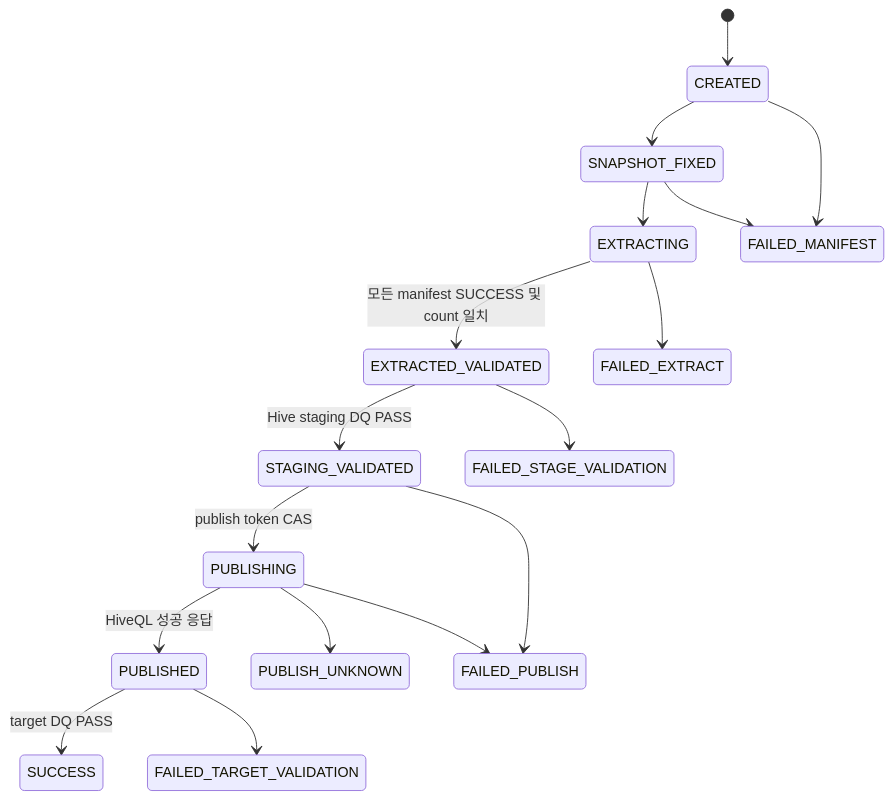
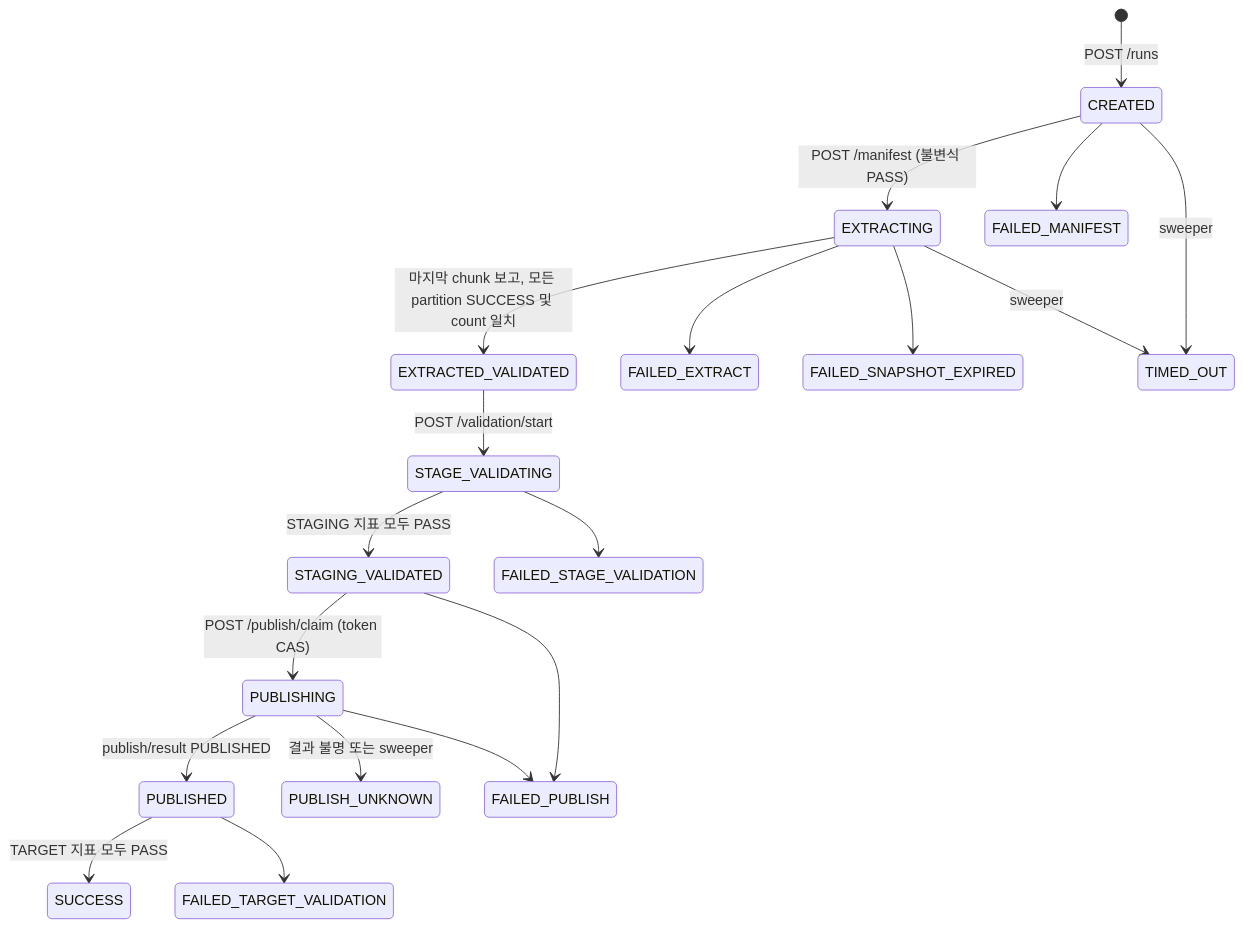
Before and after one commit to DataDynamics/nifi-sqoop-removal: diagram 13 of 13 in nifi-sqoop-removal-guide.md, drawn with Mermaid. The commit also changed other lines of this file and 3 other files, not shown here.

````diff
--- a/nifi-sqoop-removal-guide.md
+++ b/nifi-sqoop-removal-guide.md
@@ -1588,20 +1682,22 @@
 ```mermaid
 stateDiagram-v2
-    [*] --> CREATED
-    CREATED --> SNAPSHOT_FIXED
-    SNAPSHOT_FIXED --> EXTRACTING
-    EXTRACTING --> EXTRACTED_VALIDATED: 모든 manifest SUCCESS 및 count 일치
-    EXTRACTED_VALIDATED --> STAGING_VALIDATED: Hive staging DQ PASS
-    STAGING_VALIDATED --> PUBLISHING: publish token CAS
-    PUBLISHING --> PUBLISHED: HiveQL 성공 응답
-    PUBLISHED --> SUCCESS: target DQ PASS
+    [*] --> CREATED: POST /runs
+    CREATED --> EXTRACTING: POST /manifest (불변식 PASS)
+    EXTRACTING --> EXTRACTED_VALIDATED: 마지막 chunk 보고, 모든 partition SUCCESS 및 count 일치
+    EXTRACTED_VALIDATED --> STAGE_VALIDATING: POST /validation/start
+    STAGE_VALIDATING --> STAGING_VALIDATED: STAGING 지표 모두 PASS
+    STAGING_VALIDATED --> PUBLISHING: POST /publish/claim (token CAS)
+    PUBLISHING --> PUBLISHED: publish/result PUBLISHED
+    PUBLISHED --> SUCCESS: TARGET 지표 모두 PASS
 
     CREATED --> FAILED_MANIFEST
-    SNAPSHOT_FIXED --> FAILED_MANIFEST
     EXTRACTING --> FAILED_EXTRACT
-    EXTRACTED_VALIDATED --> FAILED_STAGE_VALIDATION
+    EXTRACTING --> FAILED_SNAPSHOT_EXPIRED
+    CREATED --> TIMED_OUT: sweeper
+    EXTRACTING --> TIMED_OUT: sweeper
+    STAGE_VALIDATING --> FAILED_STAGE_VALIDATION
     STAGING_VALIDATED --> FAILED_PUBLISH
-    PUBLISHING --> PUBLISH_UNKNOWN
+    PUBLISHING --> PUBLISH_UNKNOWN: 결과 불명 또는 sweeper
     PUBLISHING --> FAILED_PUBLISH
     PUBLISHED --> FAILED_TARGET_VALIDATION
 ```
````
